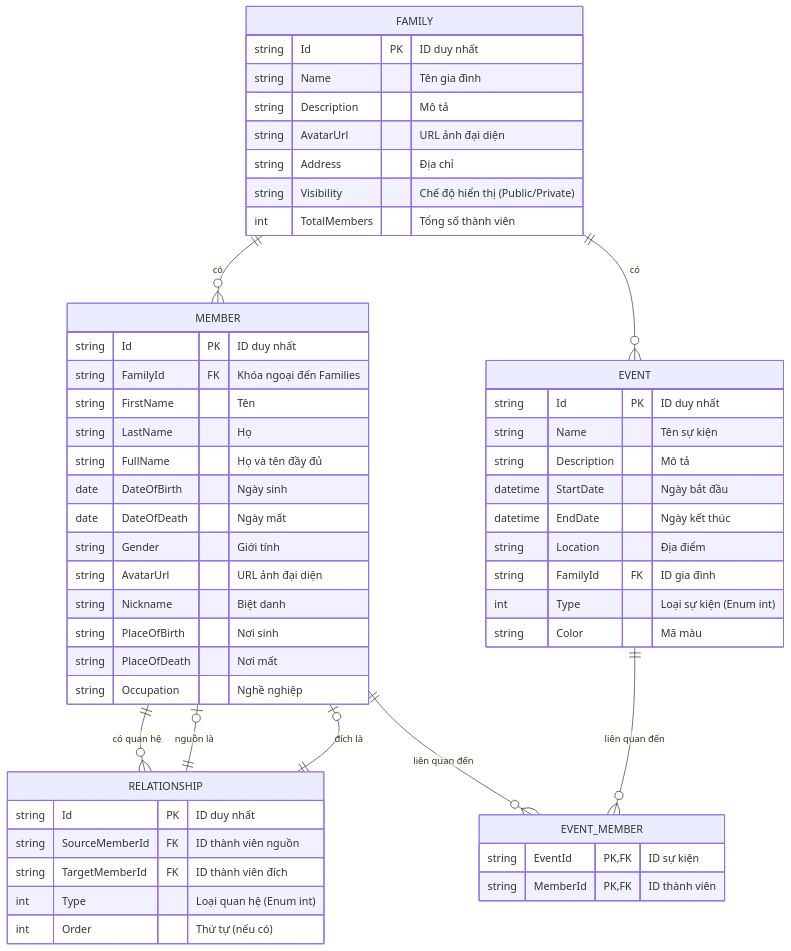
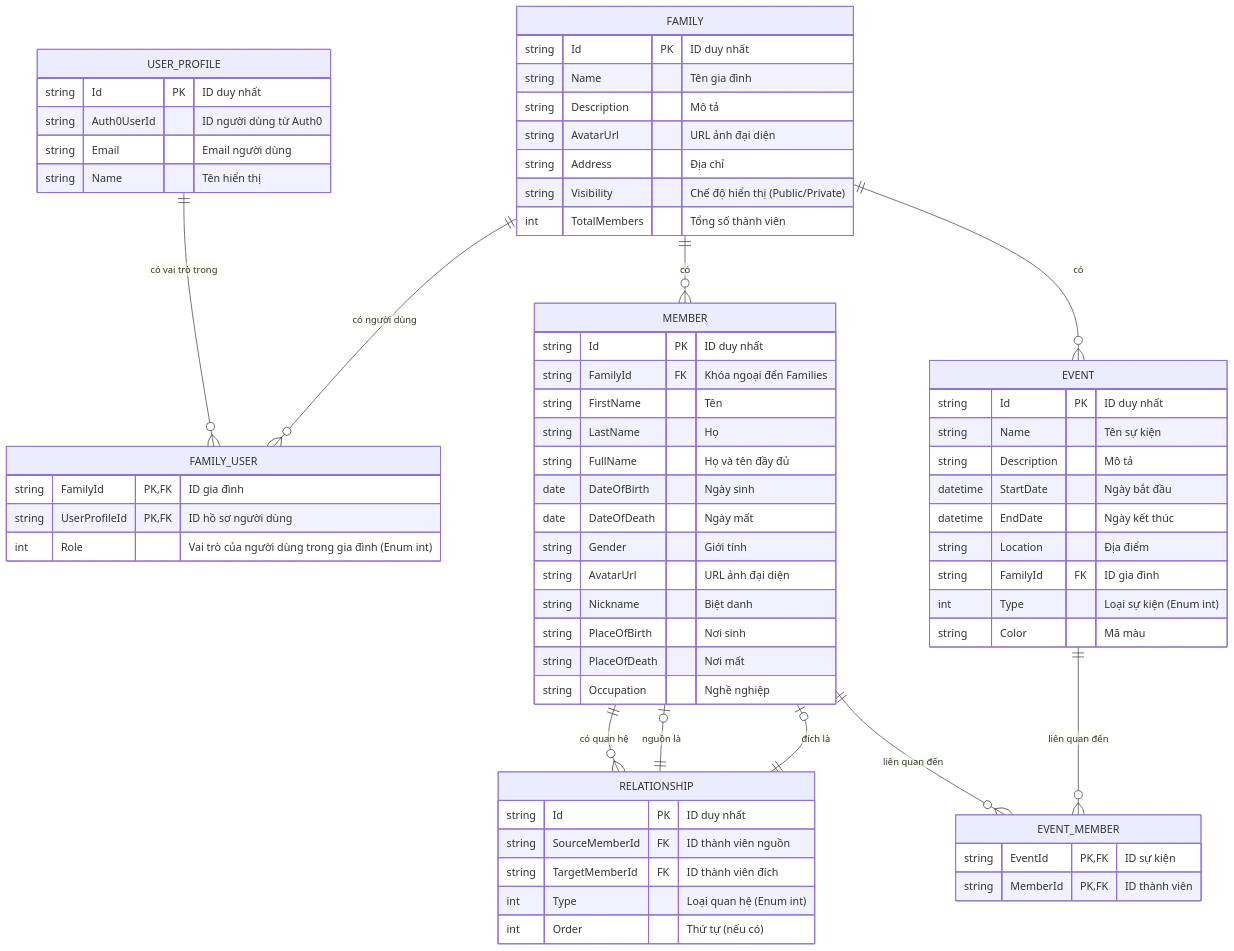
The diagram in docs/engineering/data-model.md (hkthao/family-tree-3), drawn with Mermaid before and after one commit. The commit also changed other lines of this file and 3 other files, not shown here.

````diff
--- a/docs/engineering/data-model.md
+++ b/docs/engineering/data-model.md
@@ -25,61 +25,76 @@
 ```mermaid
 erDiagram
+    USER_PROFILE {
+        string Id PK "ID duy nhất"
+        string Auth0UserId "ID người dùng từ Auth0"
+        string Email "Email người dùng"
+        string Name "Tên hiển thị"
+    }
+
     FAMILY {
         string Id PK "ID duy nhất"
         string Name "Tên gia đình"
         string Description "Mô tả"
         string AvatarUrl "URL ảnh đại diện"
         string Address "Địa chỉ"
         string Visibility "Chế độ hiển thị (Public/Private)"
         int TotalMembers "Tổng số thành viên"
+    }
+
+    FAMILY_USER {
+        string FamilyId PK,FK "ID gia đình"
+        string UserProfileId PK,FK "ID hồ sơ người dùng"
+        int Role "Vai trò của người dùng trong gia đình (Enum int)"
     }
 
     MEMBER {
         string Id PK "ID duy nhất"
         string FamilyId FK "Khóa ngoại đến Families"
         string FirstName "Tên"
         string LastName "Họ"
         string FullName "Họ và tên đầy đủ"
         date DateOfBirth "Ngày sinh"
         date DateOfDeath "Ngày mất"
         string Gender "Giới tính"
         string AvatarUrl "URL ảnh đại diện"
         string Nickname "Biệt danh"
         string PlaceOfBirth "Nơi sinh"
         string PlaceOfDeath "Nơi mất"
         string Occupation "Nghề nghiệp"
     }
 
     EVENT {
         string Id PK "ID duy nhất"
         string Name "Tên sự kiện"
         string Description "Mô tả"
         datetime StartDate "Ngày bắt đầu"
         datetime EndDate "Ngày kết thúc"
         string Location "Địa điểm"
         string FamilyId FK "ID gia đình"
         int Type "Loại sự kiện (Enum int)"
         string Color "Mã màu"
     }
 
     RELATIONSHIP {
         string Id PK "ID duy nhất"
         string SourceMemberId FK "ID thành viên nguồn"
         string TargetMemberId FK "ID thành viên đích"
         int Type "Loại quan hệ (Enum int)"
         int Order "Thứ tự (nếu có)"
     }
 
     EVENT_MEMBER {
         string EventId PK,FK "ID sự kiện"
         string MemberId PK,FK "ID thành viên"
     }
 
+    USER_PROFILE ||--o{ FAMILY_USER : "có vai trò trong"
+    FAMILY ||--o{ FAMILY_USER : "có người dùng"
     FAMILY ||--o{ MEMBER : "có"
     FAMILY ||--o{ EVENT : "có"
     MEMBER ||--o{ RELATIONSHIP : "có quan hệ"
     MEMBER ||--o{ EVENT_MEMBER : "liên quan đến"
     EVENT ||--o{ EVENT_MEMBER : "liên quan đến"
     RELATIONSHIP ||--o| MEMBER : "nguồn là"
     RELATIONSHIP ||--o| MEMBER : "đích là"
 ```
````
